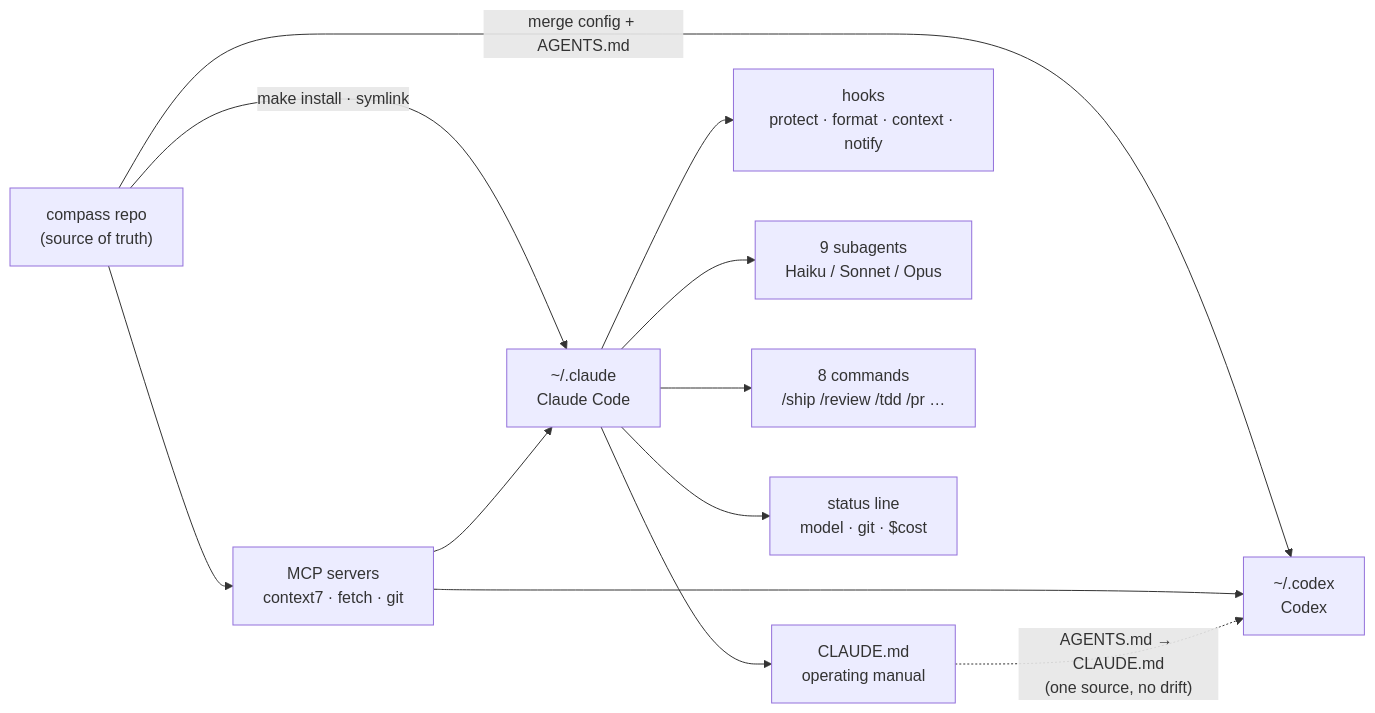
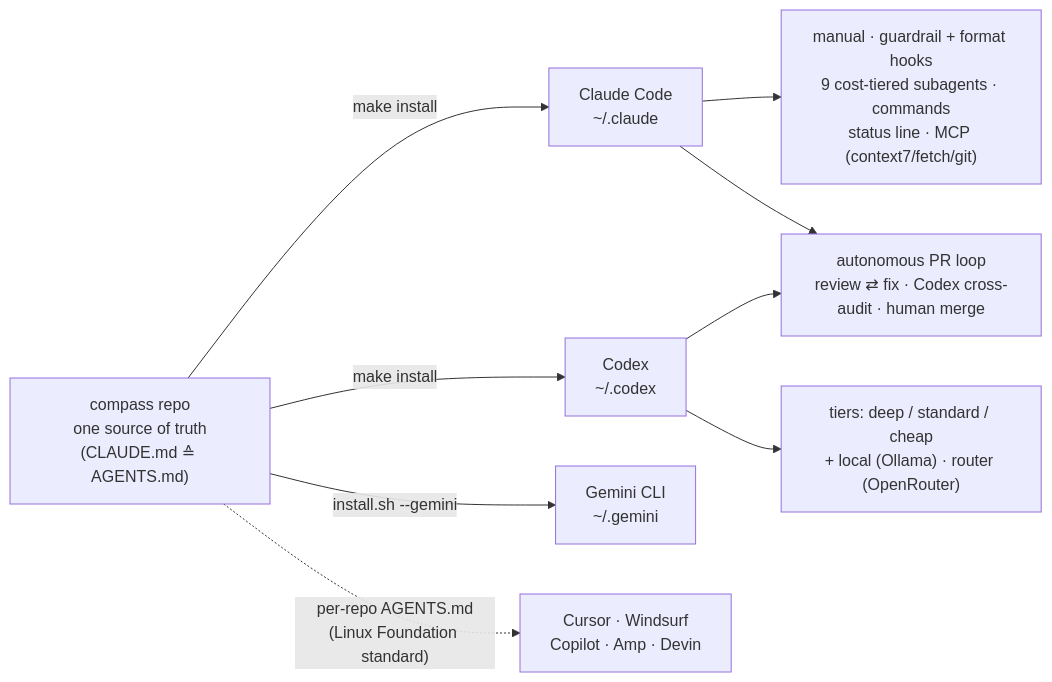
Before and after one commit to dshakes/agent-settings: the first of 2 diagrams in README.md, drawn with Mermaid. The commit also changed other lines of this file and 5 other files, not shown here.

First line of the commit message:
feat: cost controls — BYO-model (local/OpenRouter) + spend estimate & analysis

````diff
--- a/README.md
+++ b/README.md
@@ -148,15 +148,14 @@
 ```mermaid
 flowchart LR
-  repo["compass repo<br/>(source of truth)"]
-  repo -->|"make install · symlink"| claude["~/.claude<br/>Claude Code"]
-  repo -->|"merge config + AGENTS.md"| codex["~/.codex<br/>Codex"]
-  claude --> manual["CLAUDE.md<br/>operating manual"]
-  claude --> hooks["hooks<br/>protect · format · context · notify"]
-  claude --> agents["9 subagents<br/>Haiku / Sonnet / Opus"]
-  claude --> cmds["8 commands<br/>/ship /review /tdd /pr …"]
-  claude --> status["status line<br/>model · git · $cost"]
-  repo --> mcp["MCP servers<br/>context7 · fetch · git"]
-  mcp --> claude
-  mcp --> codex
-  manual -. "AGENTS.md → CLAUDE.md<br/>(one source, no drift)" .-> codex
+  repo["compass repo<br/>one source of truth<br/>(CLAUDE.md ≙ AGENTS.md)"]
+  repo -->|"make install"| claude["Claude Code<br/>~/.claude"]
+  repo -->|"make install"| codex["Codex<br/>~/.codex"]
+  repo -->|"install.sh --gemini"| gemini["Gemini CLI<br/>~/.gemini"]
+  repo -. "per-repo AGENTS.md<br/>(Linux Foundation standard)" .-> ides["Cursor · Windsurf<br/>Copilot · Amp · Devin"]
+
+  claude --> bundle["manual · guardrail + format hooks<br/>9 cost-tiered subagents · commands<br/>status line · MCP (context7/fetch/git)"]
+  codex --> tiers["tiers: deep / standard / cheap<br/>+ local (Ollama) · router (OpenRouter)"]
+
+  claude --> loop["autonomous PR loop<br/>review ⇄ fix · Codex cross-audit · human merge"]
+  codex --> loop
 ```
````
